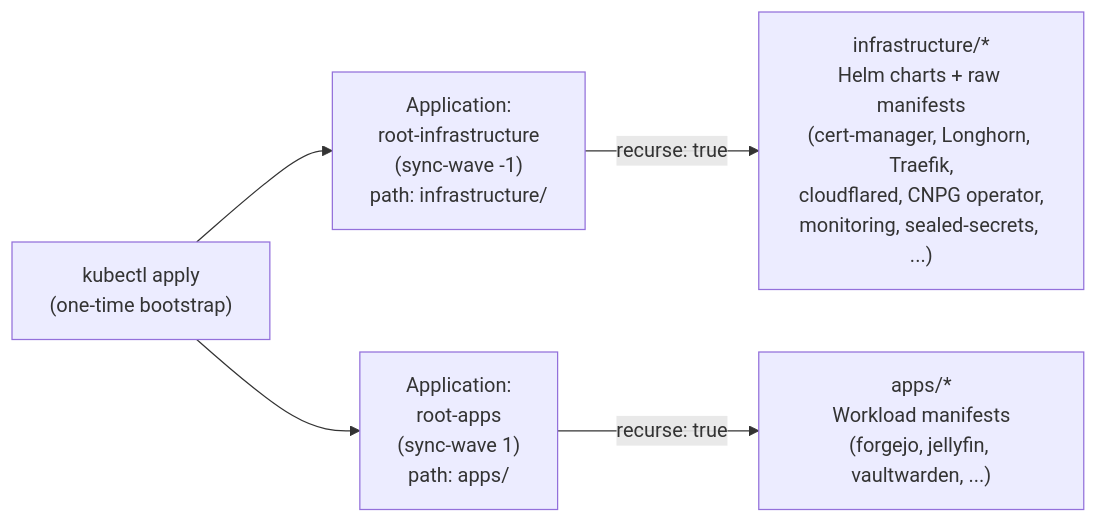
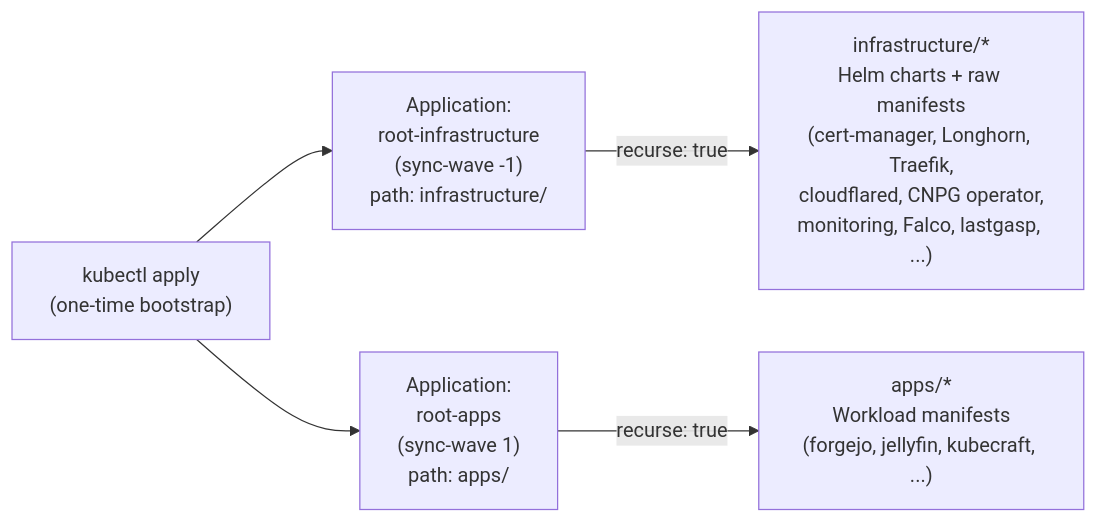
The second of 6 diagrams in README.md (filippo-ferrando/k3s-homelab), drawn with Mermaid before and after one commit. The commit also changed other lines of this file and 36 other files, not shown here.

````diff
--- a/README.md
+++ b/README.md
@@ -86,11 +93,11 @@
 ```mermaid
 flowchart LR
     RootInfra["Application:\nroot-infrastructure\n(sync-wave -1)\npath: infrastructure/"]
     RootApps["Application:\nroot-apps\n(sync-wave 1)\npath: apps/"]
-    Infra["infrastructure/*\nHelm charts + raw manifests\n(cert-manager, Longhorn, Traefik,\ncloudflared, CNPG operator,\nmonitoring, sealed-secrets, ...)"]
-    AppsDir["apps/*\nWorkload manifests\n(forgejo, jellyfin, vaultwarden, ...)"]
+    Infra["infrastructure/*\nHelm charts + raw manifests\n(cert-manager, Longhorn, Traefik,\ncloudflared, CNPG operator,\nmonitoring, Falco, lastgasp, ...)"]
+    AppsDir["apps/*\nWorkload manifests\n(forgejo, jellyfin, kubecraft, ...)"]
 
     kubectl["kubectl apply\n(one-time bootstrap)"] --> RootInfra & RootApps
     RootInfra -->|recurse: true| Infra
     RootApps -->|recurse: true| AppsDir
 ```
````
